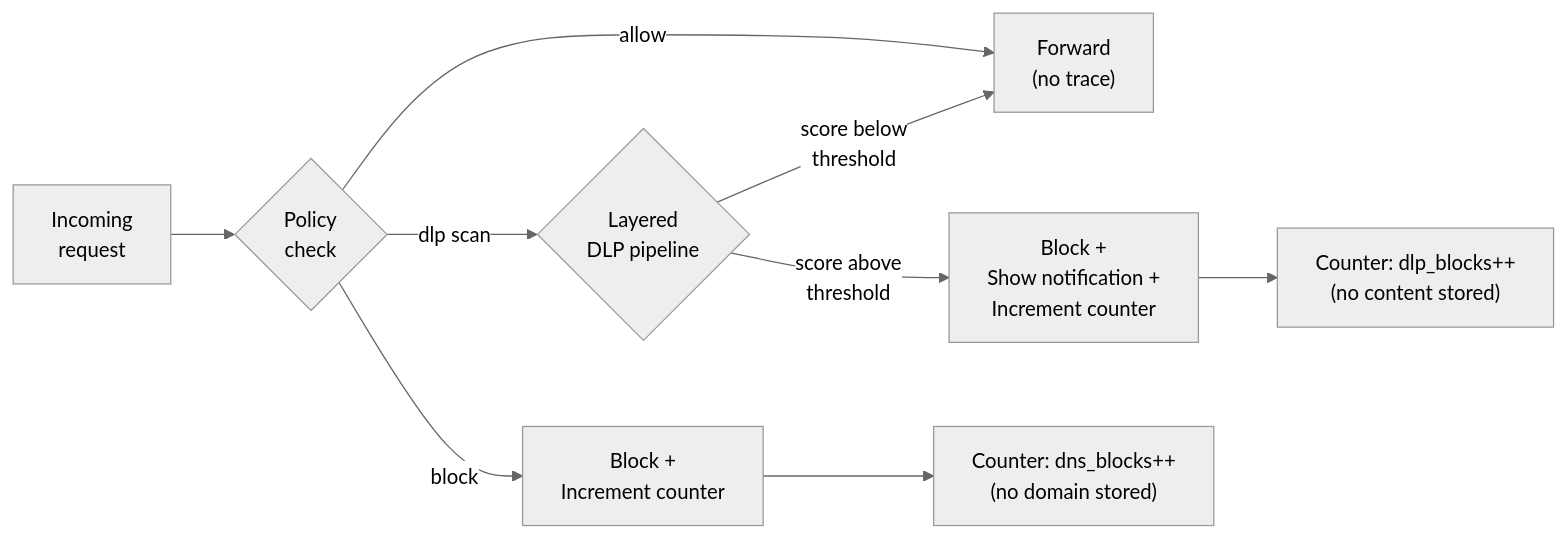
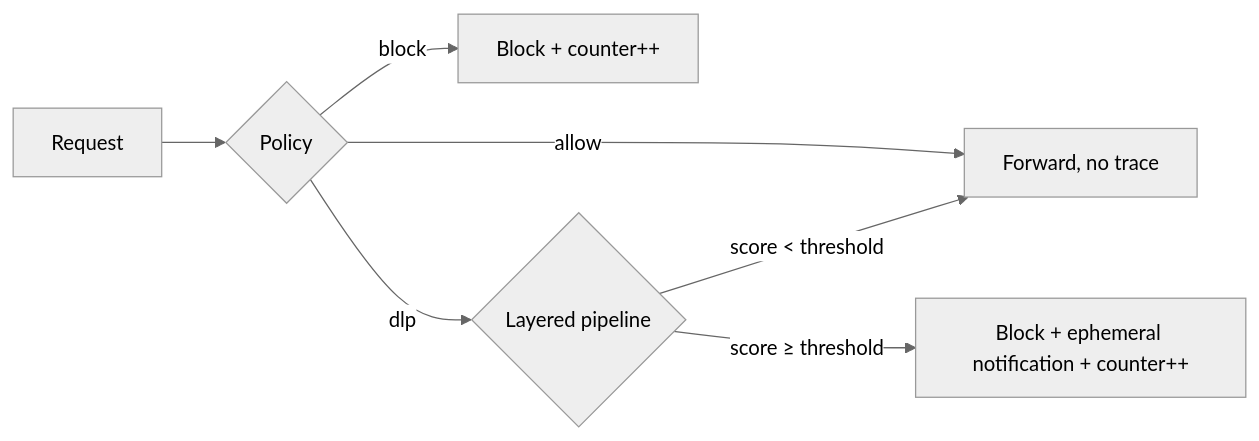
One commit to kennguy3n/secure-edge changed the second of 4 diagrams in ARCHITECTURE.md. Above: the diagram before and after it, drawn with Mermaid (neutral theme). The commit also changed other lines of this file, not shown here.

First line of the commit message:
ARCHITECTURE: condense from 829 to ~390 lines, verify against current code

````diff
--- a/ARCHITECTURE.md
+++ b/ARCHITECTURE.md
@@ -43,11 +37,9 @@
 ```mermaid
 flowchart LR
-    A["Incoming\nrequest"] --> B{"Policy\ncheck"}
-    B -->|"allow"| C["Forward\n(no trace)"]
-    B -->|"block"| D["Block +\nIncrement counter"]
-    B -->|"dlp scan"| E{"Layered\nDLP pipeline"}
-    E -->|"score below\nthreshold"| C
-    E -->|"score above\nthreshold"| F["Block +\nShow notification +\nIncrement counter"]
-    D --> G["Counter: dns_blocks++\n(no domain stored)"]
-    F --> H["Counter: dlp_blocks++\n(no content stored)"]
+    A["Request"] --> B{"Policy"}
+    B -->|"allow"| C["Forward, no trace"]
+    B -->|"block"| D["Block + counter++"]
+    B -->|"dlp"| E{"Layered pipeline"}
+    E -->|"score < threshold"| C
+    E -->|"score ≥ threshold"| F["Block + ephemeral notification + counter++"]
 ```
````
